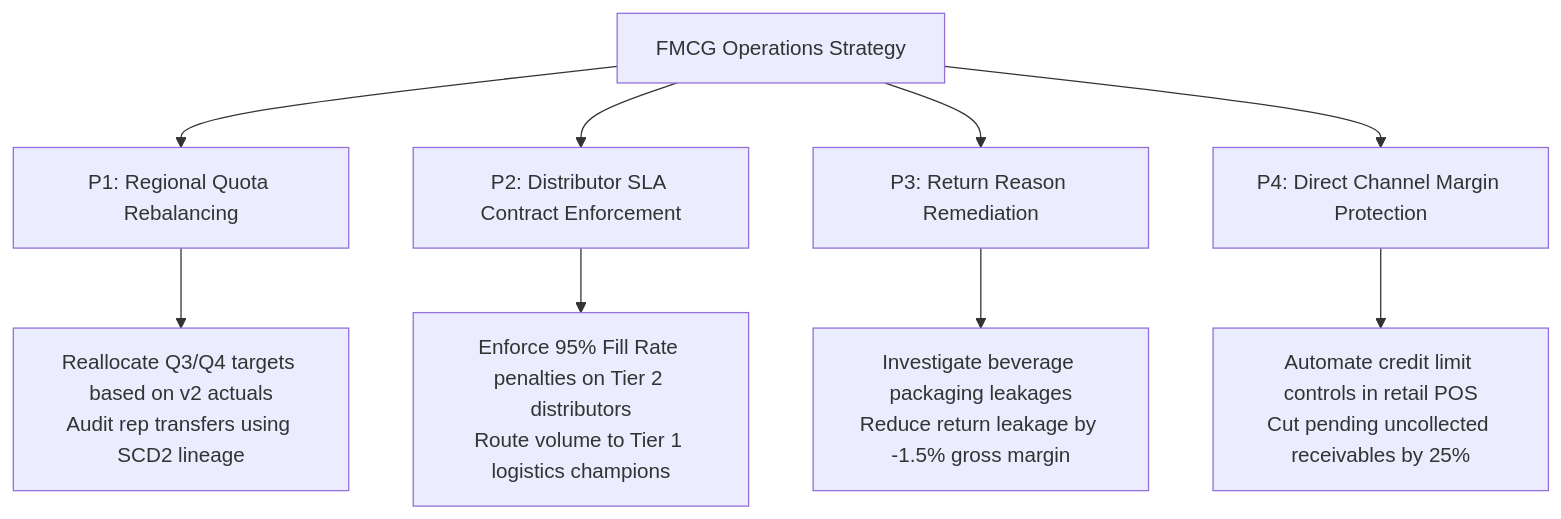
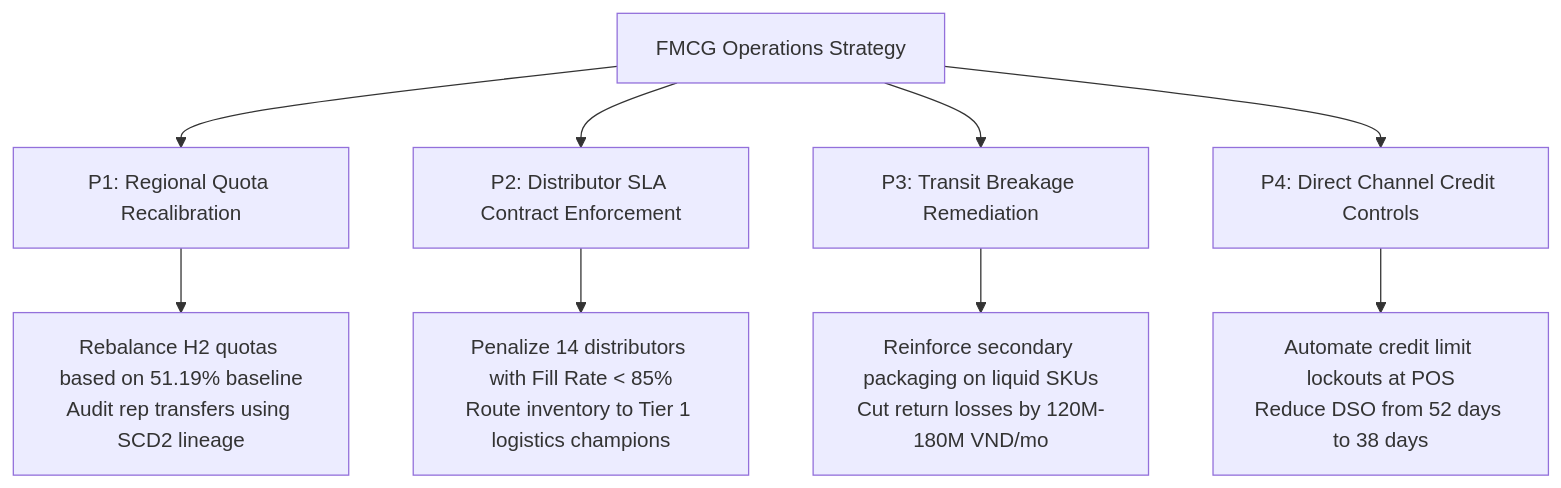
The fourth of 4 diagrams in README.md (thunx280-ctrl/medallion-datapipeline), drawn with Mermaid before and after one commit. The commit also changed other lines of this file, not shown here.

````diff
--- a/README.md
+++ b/README.md
@@ -738,12 +536,12 @@
 ```mermaid
 flowchart TD
-    A["FMCG Operations Strategy"] --> B["P1: Regional Quota Rebalancing"]
+    A["FMCG Operations Strategy"] --> B["P1: Regional Quota Recalibration"]
     A --> C["P2: Distributor SLA Contract Enforcement"]
-    A --> D["P3: Return Reason Remediation"]
-    A --> E["P4: Direct Channel Margin Protection"]
+    A --> D["P3: Transit Breakage Remediation"]
+    A --> E["P4: Direct Channel Credit Controls"]
 
-    B --> B1["Reallocate Q3/Q4 targets based on v2 actuals<br/>Audit rep transfers using SCD2 lineage"]
-    C --> C1["Enforce 95% Fill Rate penalties on Tier 2 distributors<br/>Route volume to Tier 1 logistics champions"]
-    D --> D1["Investigate beverage packaging leakages<br/>Reduce return leakage by -1.5% gross margin"]
-    E --> E1["Automate credit limit controls in retail POS<br/>Cut pending uncollected receivables by 25%"]
+    B --> B1["Rebalance H2 quotas based on 51.19% baseline<br/>Audit rep transfers using SCD2 lineage"]
+    C --> C1["Penalize 14 distributors with Fill Rate < 85%<br/>Route inventory to Tier 1 logistics champions"]
+    D --> D1["Reinforce secondary packaging on liquid SKUs<br/>Cut return losses by 120M-180M VND/mo"]
+    E --> E1["Automate credit limit lockouts at POS<br/>Reduce DSO from 52 days to 38 days"]
 ```
````
